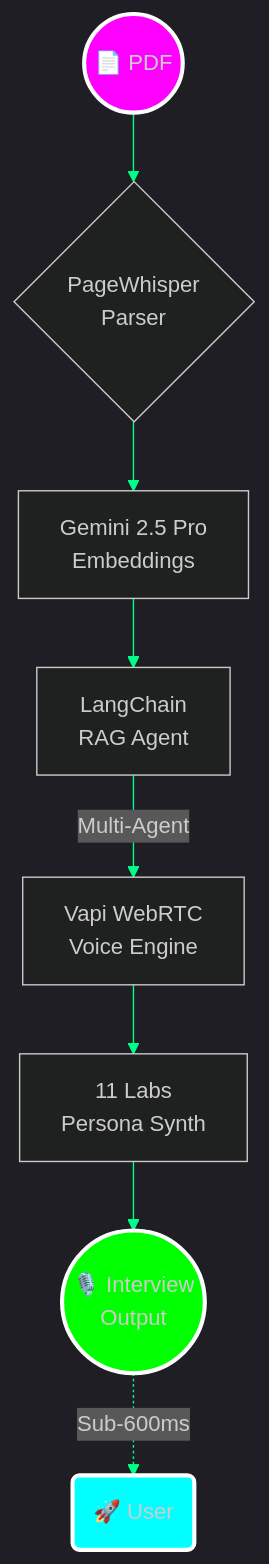
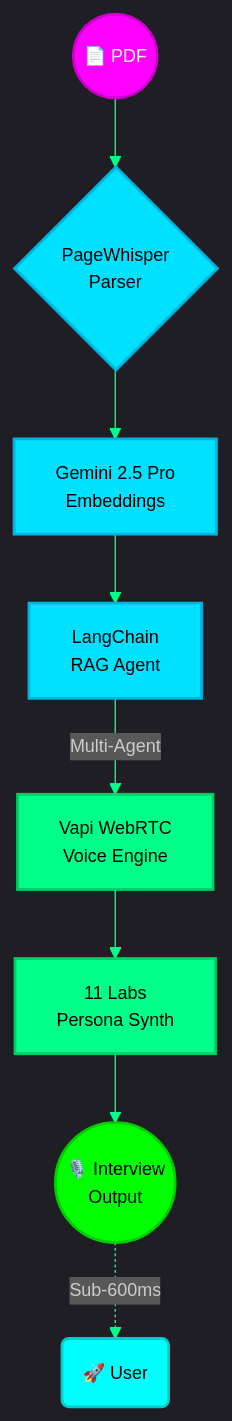
The first of 2 diagrams in README.md (salonyranjan/salonyranjan), drawn with Mermaid before and after one commit. The commit also changed other lines of this file, not shown here.

````diff
--- a/README.md
+++ b/README.md
@@ -27,21 +27,33 @@
 ```mermaid
-%%{init: {'theme':'dark', 'themeVariables': { 
-    'primaryColor': '#00ffff', 
-    'primaryTextColor': '#ffffff', 
-    'primaryBorderColor': '#ff00ff', 
-    'lineColor': '#00ff88', 
-    'secondaryColor': '#1a1a2e' 
-  }}}%%
+%%{init: {
+  'theme': 'dark',
+  'themeVariables': {
+    'primaryColor': '#00e0ff',
+    'primaryTextColor': '#000000',
+    'primaryBorderColor': '#00e0ff',
+    'lineColor': '#00ff88',
+    'secondaryColor': '#1a1a2e',
+    'fontSize': '13px'
+  }
+}}%%
 graph TB
     A((📄 PDF)) --> B{PageWhisper<br/>Parser}
     B --> C[Gemini 2.5 Pro<br/>Embeddings]
     C --> D[LangChain<br/>RAG Agent]
-    D -->|Multi-Agent| E[Vapi WebRTC<br/>Voice Engine]
+    D -->|Multi‑Agent| E[Vapi WebRTC<br/>Voice Engine]
     E --> F[11 Labs<br/>Persona Synth]
     F --> G((🎙️ Interview<br/>Output))
-    G -.->|Sub-600ms| H(🚀 User)
+    G -.->|Sub‑600ms| H(🚀 User)
     
-    style A fill:#ff00ff,stroke:#ffffff,stroke-width:3px
-    style G fill:#00ff00,stroke:#ffffff,stroke-width:3px
-    style H fill:#00ffff,stroke:#ffffff,stroke-width:3px
+    classDef inputNode fill:#ff00ff,stroke:#cc00cc,stroke-width:2px,color:#ffffff;
+    classDef agentNode fill:#00e0ff,stroke:#00b3e0,stroke-width:2px,color:#000000;
+    classDef voiceNode fill:#00ff88,stroke:#00cc66,stroke-width:2px,color:#000000;
+    classDef outputNode fill:#00ff00,stroke:#00cc00,stroke-width:2px,color:#000000;
+    classDef userNode fill:#00ffff,stroke:#00cccc,stroke-width:2px,color:#000000;
+
+    class A inputNode
+    class B,C,D agentNode
+    class E,F voiceNode
+    class G outputNode
+    class H userNode
 ```
````
